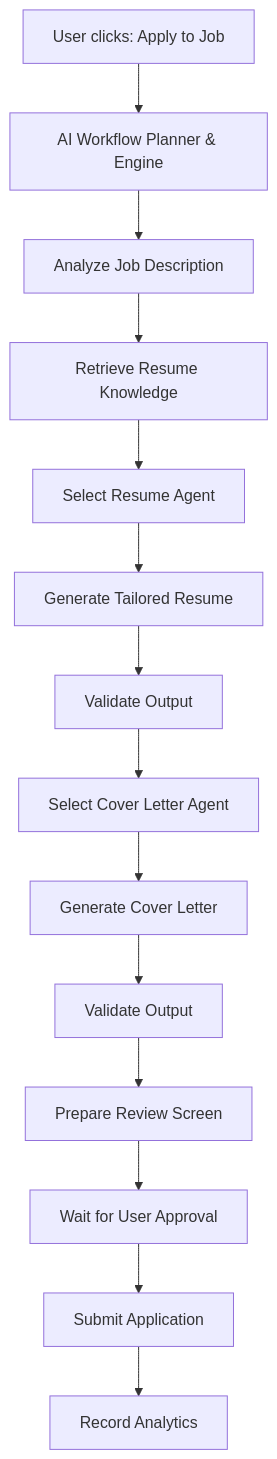
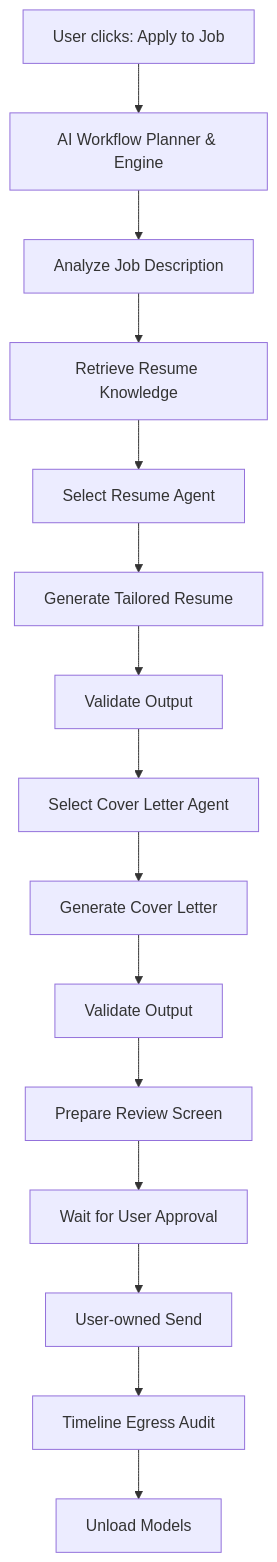
Before and after one commit to ammar-tariq/jobjitsu: the first of 4 diagrams in docs/product/PLATFORM_SPECIFICATION.md, drawn with Mermaid. The commit also changed other lines of this file and 21 other files, not shown here.

First line of the commit message:
docs: raise architecture readiness with control-plane contracts

````diff
--- a/docs/product/PLATFORM_SPECIFICATION.md
+++ b/docs/product/PLATFORM_SPECIFICATION.md
@@ -343,16 +343,17 @@
 ```mermaid
 flowchart TD
   A["User clicks: Apply to Job"] --> B[AI Workflow Planner & Engine]
   B --> C[Analyze Job Description]
   C --> D[Retrieve Resume Knowledge]
   D --> E[Select Resume Agent]
   E --> F[Generate Tailored Resume]
   F --> G[Validate Output]
   G --> H[Select Cover Letter Agent]
   H --> I[Generate Cover Letter]
   I --> J[Validate Output]
   J --> K[Prepare Review Screen]
   K --> L[Wait for User Approval]
-  L --> M[Submit Application]
-  M --> N[Record Analytics]
+  L --> M[User-owned Send]
+  M --> N[Timeline Egress Audit]
+  N --> O[Unload Models]
 ```
````
